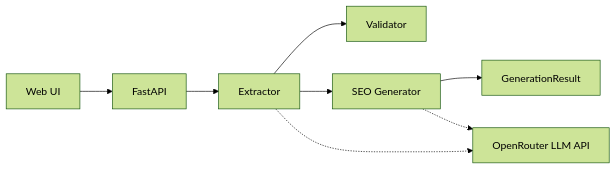
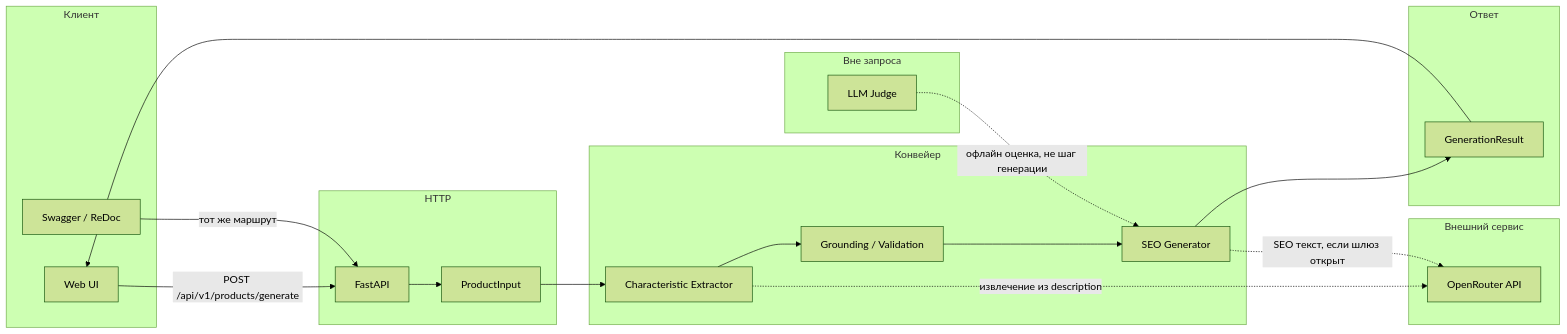
Before and after one commit to t0chka-g/service-description: the first of 4 diagrams in README.md, drawn with Mermaid (forest theme). The commit also changed other lines of this file and 6 other files, not shown here.

Commit message:
docs: add architecture diagrams to the README

````diff
--- a/README.md
+++ b/README.md
@@ -37,10 +37,42 @@
 ```mermaid
 flowchart LR
-  UI["Web UI"] --> API["FastAPI"]
-  API --> EXT["Extractor"]
-  EXT --> VAL["Validator"]
-  EXT --> GEN["SEO Generator"]
-  GEN --> OUT["GenerationResult"]
-  EXT -.-> LLM["OpenRouter LLM API"]
-  GEN -.-> LLM
+  subgraph clients [Клиент]
+    UI["Web UI"]
+    DOCS["Swagger / ReDoc"]
+  end
+
+  subgraph http [HTTP]
+    API["FastAPI"]
+    IN["ProductInput"]
+  end
+
+  subgraph pipeline [Конвейер]
+    EXT["Characteristic Extractor"]
+    GR["Grounding / Validation"]
+    GEN["SEO Generator"]
+  end
+
+  subgraph external [Внешний сервис]
+    LLM["OpenRouter API"]
+  end
+
+  subgraph result [Ответ]
+    OUT["GenerationResult"]
+  end
+
+  subgraph offline [Вне запроса]
+    JUDGE["LLM Judge"]
+  end
+
+  UI -->|"POST /api/v1/products/generate"| API
+  DOCS -->|"тот же маршрут"| API
+  API --> IN
+  IN --> EXT
+  EXT --> GR
+  GR --> GEN
+  GEN --> OUT
+  OUT --> UI
+  EXT -.->|"извлечение из description"| LLM
+  GEN -.->|"SEO текст, если шлюз открыт"| LLM
+  JUDGE -.->|"офлайн оценка, не шаг генерации"| GEN
 ```
````
